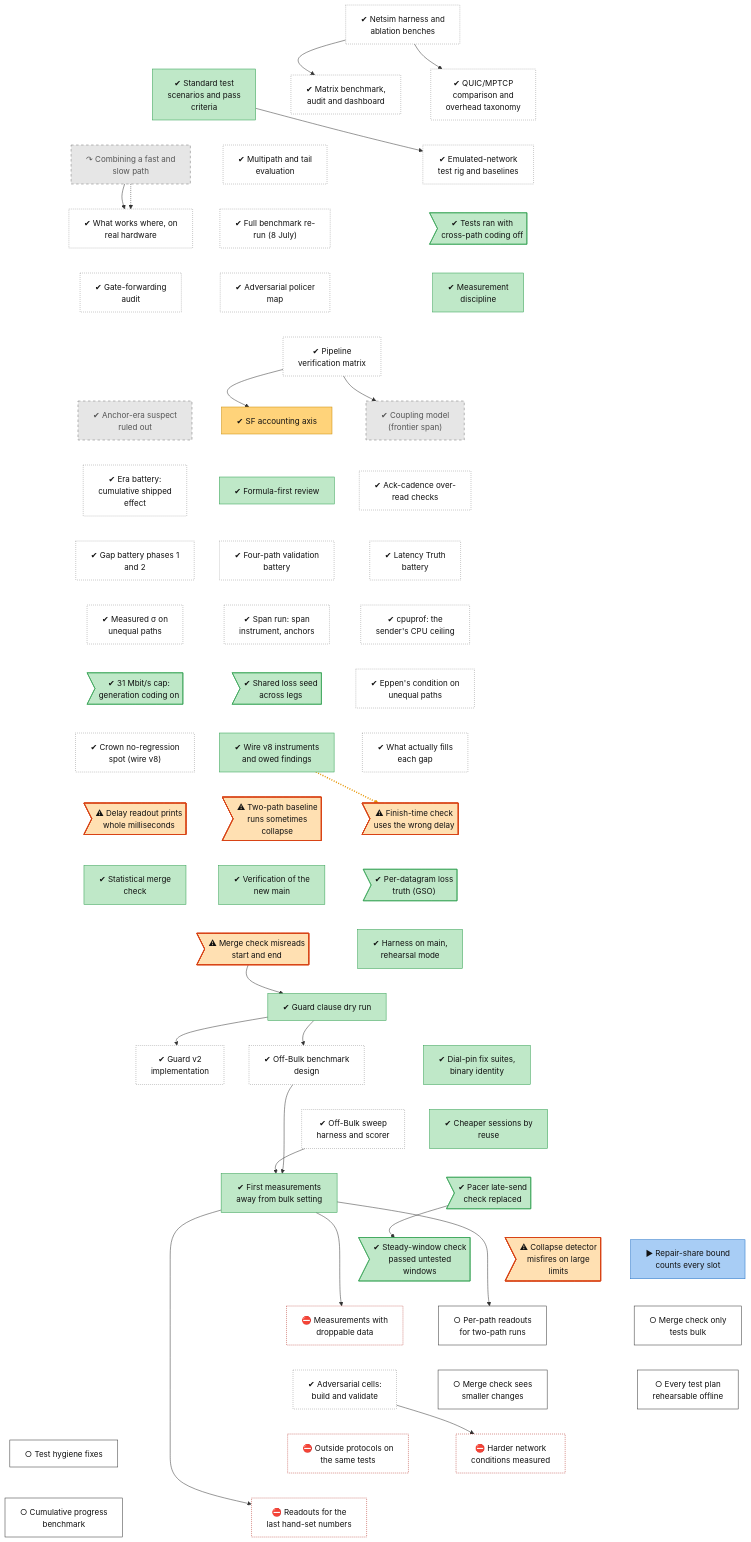
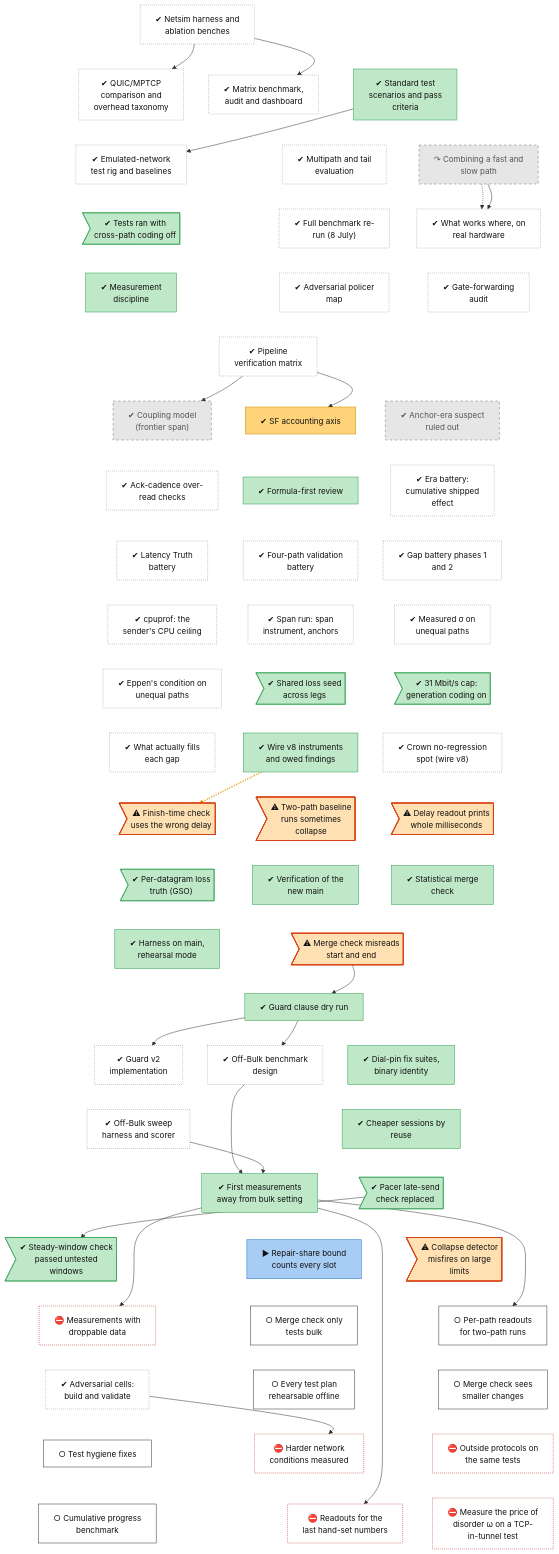
One commit to lhns/raptorpath changed the diagram in docs/roadmap/tracks/meas.md. Above: the diagram before and after it, drawn with Mermaid. The commit also changed other lines of this file and 6 other files, not shown here.

````diff
--- a/docs/roadmap/tracks/meas.md
+++ b/docs/roadmap/tracks/meas.md
@@ -71,6 +71,7 @@
     meas_competitor_battery["⛔ Outside protocols on<br/>the same tests"]
     meas_progress_baseline["○ Cumulative progress<br/>benchmark"]
     meas_fix_gauges_p3["⛔ Readouts for the<br/>last hand-set numbers"]
+    meas_disorder_price["⛔ Measure the price of<br/>disorder ω on a TCP-<br/>in-tunnel test"]
     meas_l0_sim_bench ~~~ meas_transport_comparison
     meas_l0_sim_bench ~~~ meas_matrix_bench
     meas_l0_sim_bench ~~~ meas_adr51_scenarios
@@ -137,7 +138,7 @@
     meas_guard_resolution ~~~ meas_competitor_battery
     meas_test_hygiene ~~~ meas_progress_baseline
     meas_adversarial_cells_run ~~~ meas_fix_gauges_p3
-    meas_competitor_battery ~~~ meas_fix_gauges_p3
+    meas_competitor_battery ~~~ meas_disorder_price
     meas_l0_sim_bench --> meas_transport_comparison
     meas_l0_sim_bench --> meas_matrix_bench
     meas_adr51_scenarios --> meas_l1_harness
@@ -177,6 +178,6 @@
     class meas_sf_accounting mixed
     class meas_defect_eta_witness,meas_defect_c8_bimodal,meas_defect_diag_rtp_ms,meas_defect_rtp_floor,meas_defect_cr61_large_pool finding
     class meas_w1_bracket_fix inprog
-    class meas_s51b_rho,meas_adversarial_cells_run,meas_competitor_battery,meas_fix_gauges_p3 blocked
+    class meas_s51b_rho,meas_adversarial_cells_run,meas_competitor_battery,meas_fix_gauges_p3,meas_disorder_price blocked
     class meas_guard_bulk_blind,meas_s51_c8_gauges,meas_harness_robustness,meas_guard_resolution,meas_test_hygiene,meas_progress_baseline next
 ```
````
